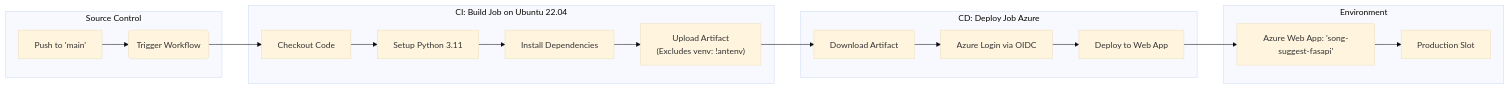
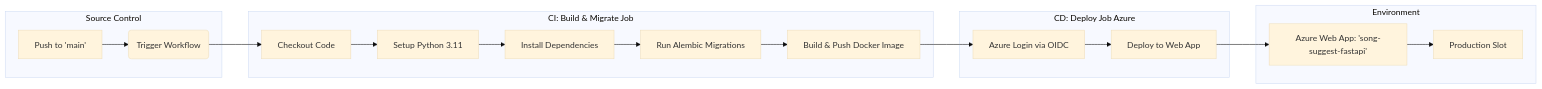
One commit to Agrannya-Singh/Tune_Trace_backend changed the third of 3 diagrams in whitepaper.md. Above: the diagram before and after it, drawn with Mermaid (base theme). The commit also changed 4 other files, not shown here.

Commit message:
alembic migrations now run on CI/CD pipelines AND not on container startup

````diff
--- a/whitepaper.md
+++ b/whitepaper.md
@@ -138,24 +138,24 @@
 ```mermaid
 graph LR
     subgraph Source_Control [Source Control]
         A[Push to 'main'] --> B(Trigger Workflow)
     end
 
-    subgraph Build_Job ["CI: Build Job on Ubuntu 22.04"]
+    subgraph Build_Job ["CI: Build & Migrate Job"]
         B --> C[Checkout Code]
         C --> D[Setup Python 3.11]
         D --> E[Install Dependencies]
-        E --> F["Upload Artifact<br/>(Excludes venv: !antenv)"]
+        E --> M[Run Alembic Migrations]
+        M --> F["Build & Push Docker Image"]
     end
 
     subgraph Deploy_Job ["CD: Deploy Job Azure"]
-        F --> G[Download Artifact]
-        G --> H[Azure Login via OIDC]
+        F --> H[Azure Login via OIDC]
         H --> I[Deploy to Web App]
     end
 
     subgraph Production [Environment]
-        I --> J["Azure Web App: 'song-suggest-fasapi'"]
+        I --> J["Azure Web App: 'song-suggest-fastapi'"]
         J --> K[Production Slot]
     end
 ```
````
